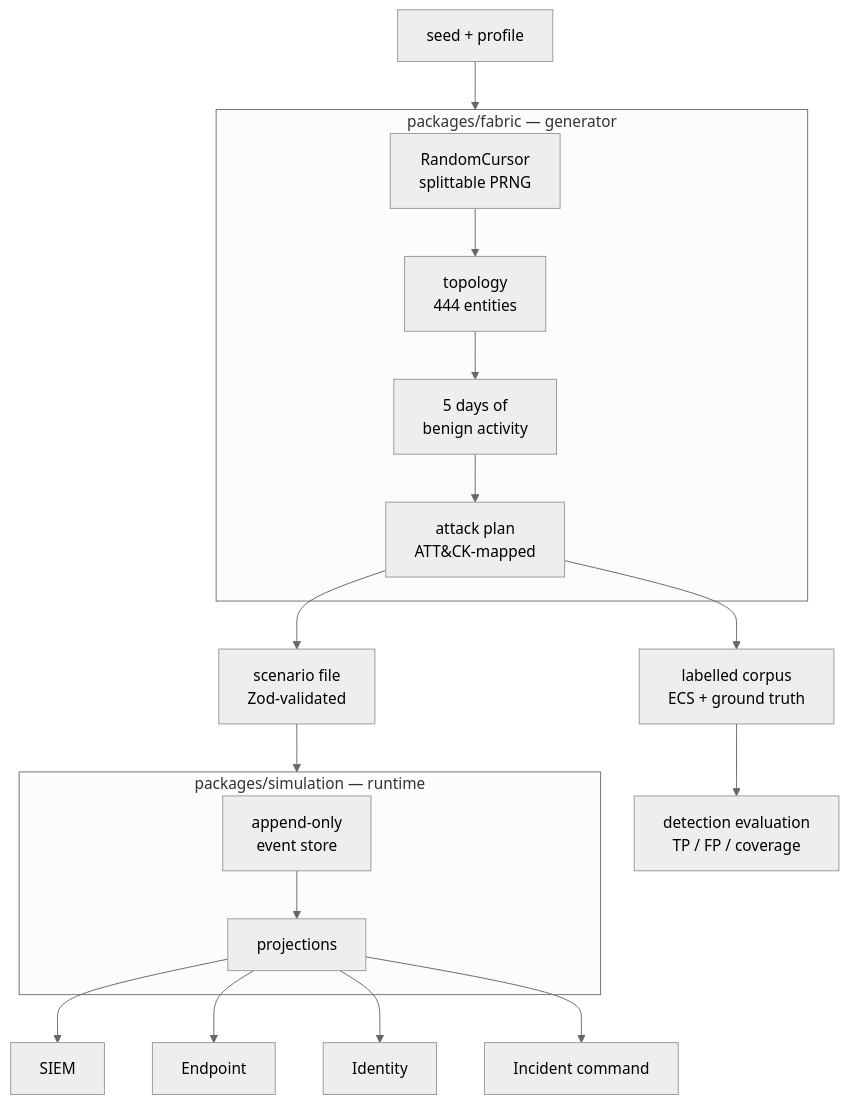
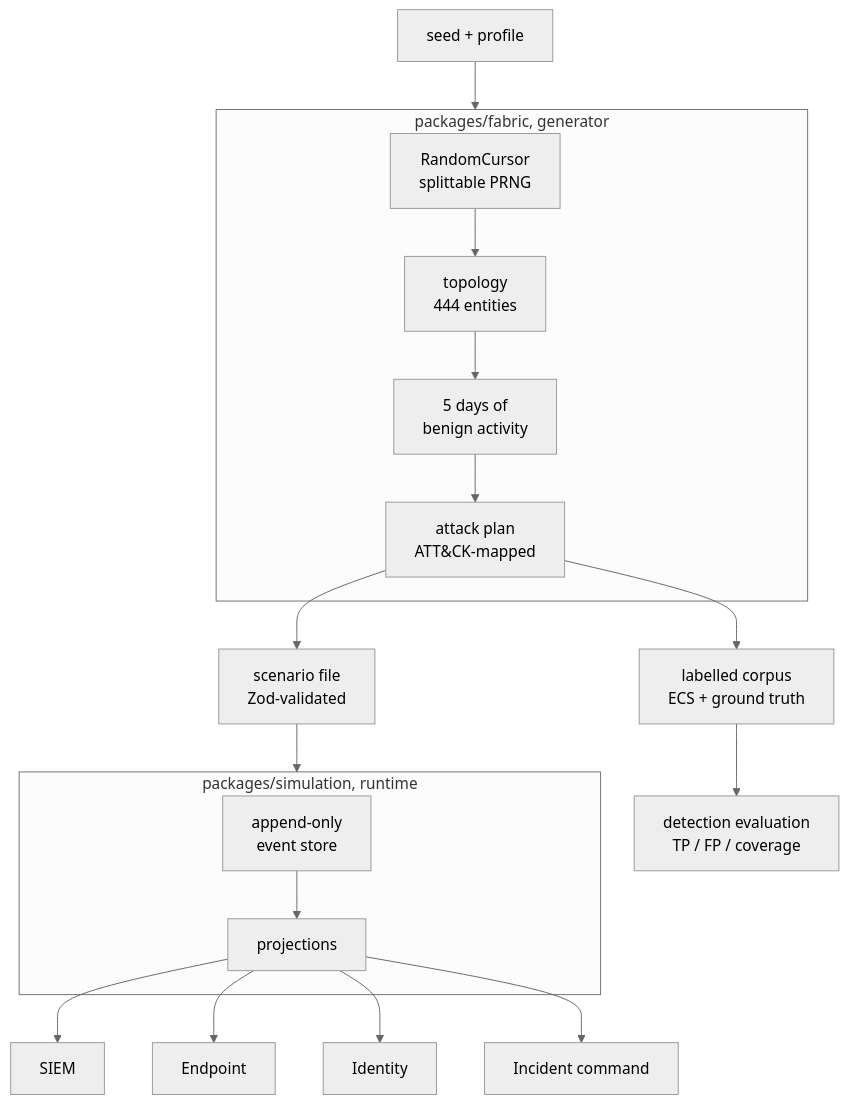
Before and after one commit to WallFacerJ/endomorph: the diagram in README.md, drawn with Mermaid (neutral theme). The commit also changed other lines of this file and 54 other files, not shown here.

````diff
--- a/README.md
+++ b/README.md
@@ -39,29 +39,29 @@
 ```mermaid
 flowchart TD
     seed["seed + profile"] --> fabric
 
-    subgraph fabric["packages/fabric — generator"]
+    subgraph fabric["packages/fabric, generator"]
         cursor["RandomCursor<br/>splittable PRNG"]
         topo["topology<br/>444 entities"]
         base["5 days of<br/>benign activity"]
         plan["attack plan<br/>ATT&CK-mapped"]
         cursor --> topo --> base --> plan
     end
 
     plan --> corpus["labelled corpus<br/>ECS + ground truth"]
     plan --> scenario["scenario file<br/>Zod-validated"]
 
     corpus --> detect["detection evaluation<br/>TP / FP / coverage"]
     scenario --> sim
 
-    subgraph sim["packages/simulation — runtime"]
+    subgraph sim["packages/simulation, runtime"]
         store["append-only<br/>event store"]
         proj["projections"]
         store --> proj
     end
 
     proj --> siem["SIEM"]
     proj --> edr["Endpoint"]
     proj --> idp["Identity"]
     proj --> case["Incident command"]
 ```
````
